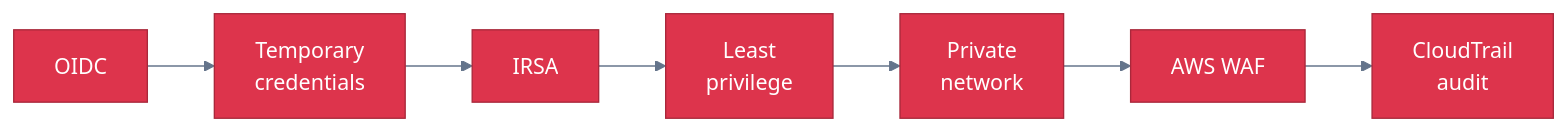
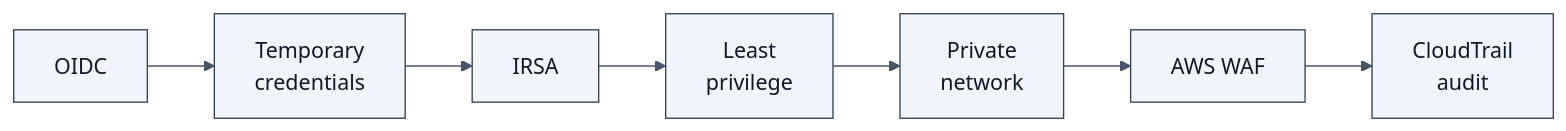
Before and after one commit to Rohit-1920/Rohit-1920: the fifth of 7 diagrams in README.md, drawn with Mermaid. The commit also changed other lines of this file, not shown here.

````diff
--- a/README.md
+++ b/README.md
@@ -401,7 +338,5 @@
 ```mermaid
-%%{init: {'theme':'base','themeVariables':{'fontFamily':'Inter, ui-sans-serif, system-ui, sans-serif','lineColor':'#64748B','primaryTextColor':'#FFFFFF'}}}%%
+%%{init: {'theme':'base','themeVariables':{'fontFamily':'Inter, ui-sans-serif, system-ui, sans-serif','primaryColor':'#F1F5F9','primaryBorderColor':'#334155','primaryTextColor':'#0F172A','lineColor':'#475569'}}}%%
 flowchart LR
   A["OIDC"] --> B["Temporary<br/>credentials"] --> C["IRSA"] --> D["Least<br/>privilege"] --> E["Private<br/>network"] --> F["AWS WAF"] --> G["CloudTrail<br/>audit"]
-  classDef sec fill:#DD344C,stroke:#A9283B,color:#FFFFFF
-  class A,B,C,D,E,F,G sec
 ```
````
